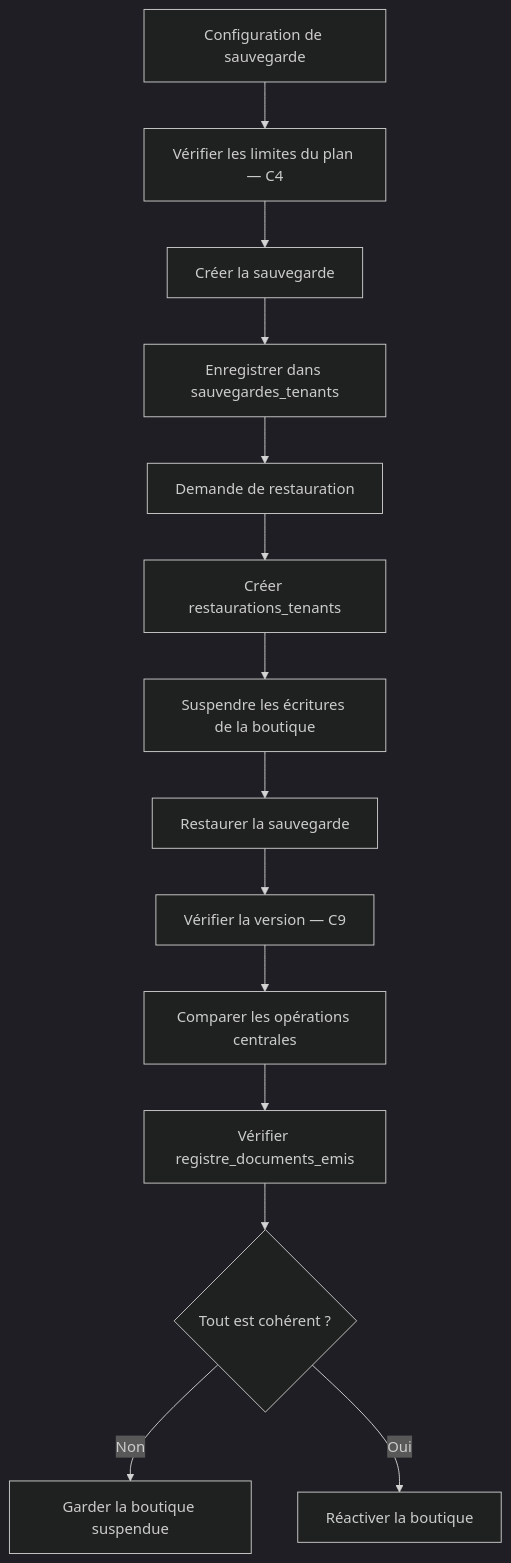
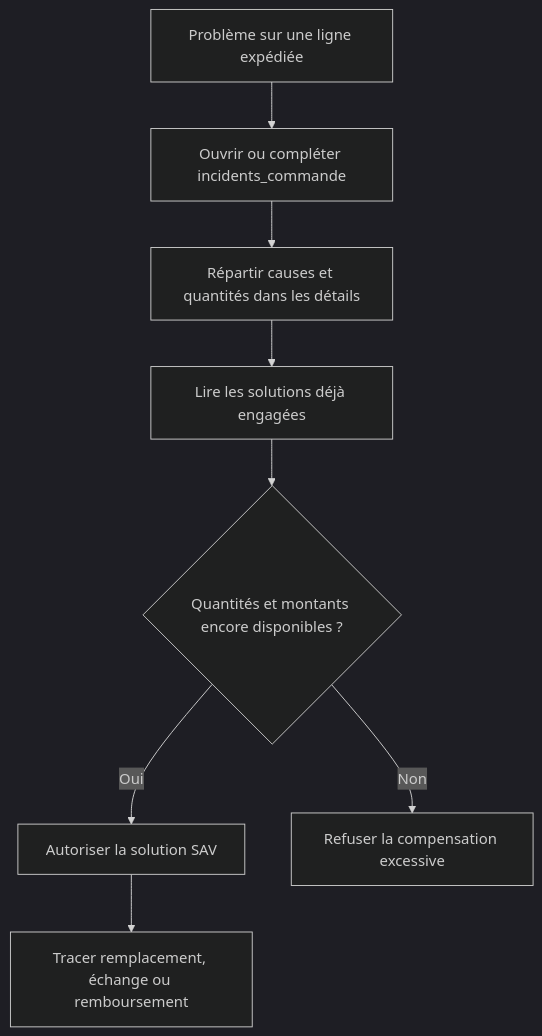
Diagram 18 of 23 in BDD-centrale-C1-C14-explication-simple.md (unitealfa/saas-ecom), drawn with Mermaid (dark theme) before and after one commit. The commit also changed other lines of this file, not shown here.

````diff
--- a/BDD-centrale-C1-C14-explication-simple.md
+++ b/BDD-centrale-C1-C14-explication-simple.md
@@ -801,17 +968,10 @@
 ```mermaid
 flowchart TD
-    A["Configuration de sauvegarde"] --> B["Vérifier les limites du plan — C4"]
-    B --> C["Créer la sauvegarde"]
-    C --> D["Enregistrer dans sauvegardes_tenants"]
-
-    D --> E["Demande de restauration"]
-    E --> F["Créer restaurations_tenants"]
-    F --> G["Suspendre les écritures de la boutique"]
-    G --> H["Restaurer la sauvegarde"]
-    H --> I["Vérifier la version — C9"]
-    I --> J["Comparer les opérations centrales"]
-    J --> K["Vérifier registre_documents_emis"]
-    K --> L{"Tout est cohérent ?"}
-    L -->|Non| M["Garder la boutique suspendue"]
-    L -->|Oui| N["Réactiver la boutique"]
+    A["Problème sur une ligne expédiée"] --> B["Ouvrir ou compléter incidents_commande"]
+    B --> C["Répartir causes et quantités dans les détails"]
+    C --> D["Lire les solutions déjà engagées"]
+    D --> E{"Quantités et montants encore disponibles ?"}
+    E -->|Oui| F["Autoriser la solution SAV"]
+    E -->|Non| G["Refuser la compensation excessive"]
+    F --> H["Tracer remplacement, échange ou remboursement"]
 ```
````
